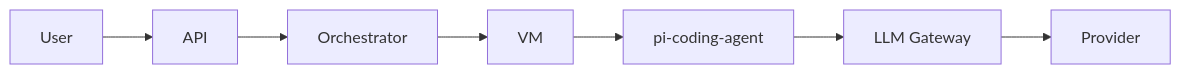
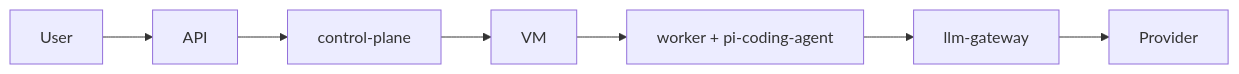
One commit to Neo2Agent/neo-cloud-agent changed the diagram in README.md. Above: the diagram before and after it, drawn with Mermaid. The commit also changed other lines of this file and 50 other files, not shown here.

First line of the commit message:
Scaffold the pnpm monorepo for control-plane, gateway, and worker

````diff
--- a/README.md
+++ b/README.md
@@ -11,9 +22,9 @@
 ```mermaid
 flowchart LR
   User --> API
-  API --> Orch[Orchestrator]
+  API --> Orch[control-plane]
   Orch --> VM
-  VM --> Pi[pi-coding-agent]
-  Pi --> GW[LLM Gateway]
+  VM --> Pi[worker + pi-coding-agent]
+  Pi --> GW[llm-gateway]
   GW --> Provider
 ```
````
